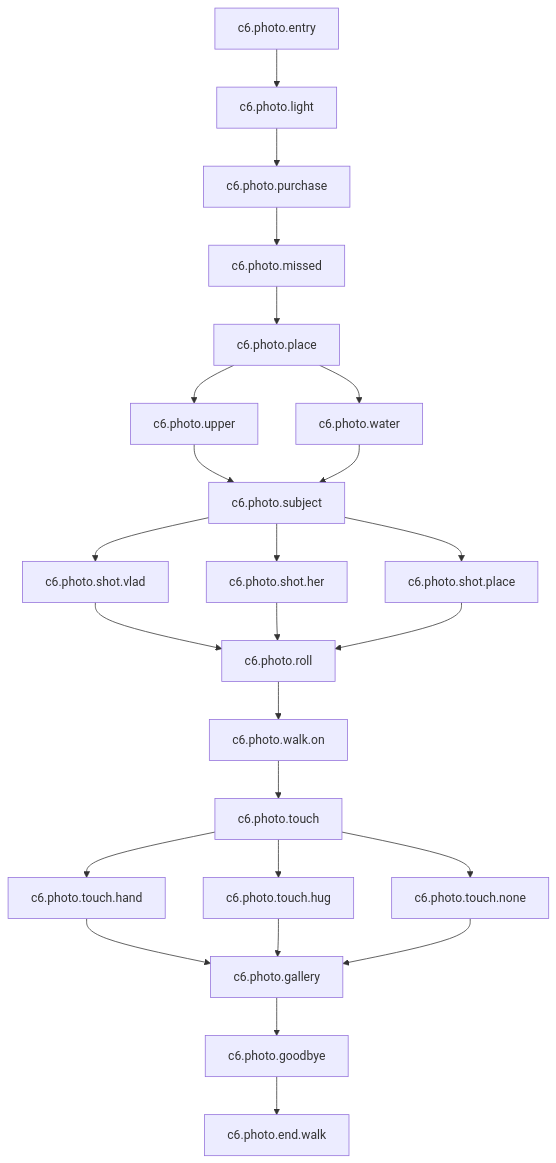
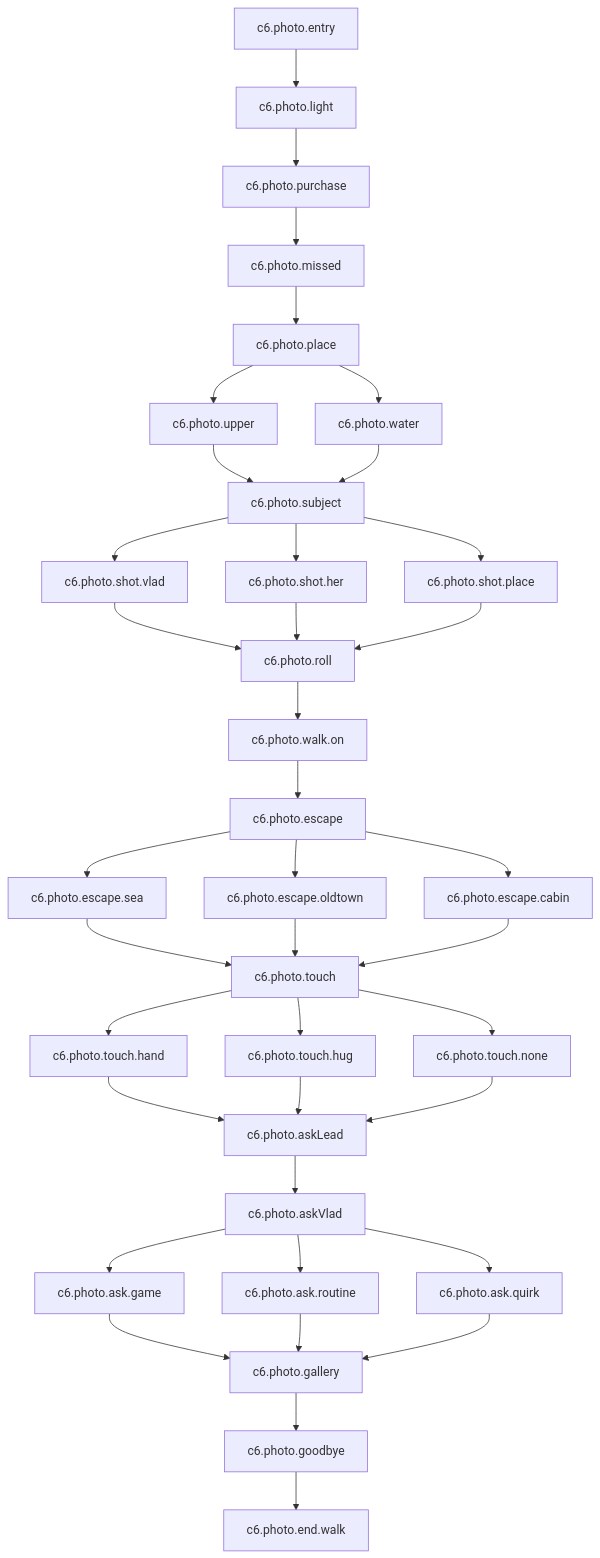
The diagram in outputs/CHAPTER_06_SCRIPT.md (vlad28x/our-little-story), drawn with Mermaid before and after one commit. The commit also changed other lines of this file and 198 other files, not shown here.

````diff
--- a/outputs/CHAPTER_06_SCRIPT.md
+++ b/outputs/CHAPTER_06_SCRIPT.md
@@ -7,47 +7,69 @@
 ```mermaid
 flowchart TD
   c6.photo.entry
   c6.photo.entry --> c6.photo.light
   c6.photo.light
   c6.photo.light --> c6.photo.purchase
   c6.photo.purchase
   c6.photo.purchase --> c6.photo.missed
   c6.photo.missed
   c6.photo.missed --> c6.photo.place
   c6.photo.place
   c6.photo.place --> c6.photo.upper
   c6.photo.place --> c6.photo.water
   c6.photo.upper
   c6.photo.upper --> c6.photo.subject
   c6.photo.water
   c6.photo.water --> c6.photo.subject
   c6.photo.subject
   c6.photo.subject --> c6.photo.shot.vlad
   c6.photo.subject --> c6.photo.shot.her
   c6.photo.subject --> c6.photo.shot.place
   c6.photo.shot.vlad
   c6.photo.shot.vlad --> c6.photo.roll
   c6.photo.shot.her
   c6.photo.shot.her --> c6.photo.roll
   c6.photo.shot.place
   c6.photo.shot.place --> c6.photo.roll
   c6.photo.roll
   c6.photo.roll --> c6.photo.walk.on
   c6.photo.walk.on
-  c6.photo.walk.on --> c6.photo.touch
+  c6.photo.walk.on --> c6.photo.escape
+  c6.photo.escape
+  c6.photo.escape --> c6.photo.escape.sea
+  c6.photo.escape --> c6.photo.escape.oldtown
+  c6.photo.escape --> c6.photo.escape.cabin
+  c6.photo.escape.sea
+  c6.photo.escape.sea --> c6.photo.touch
+  c6.photo.escape.oldtown
+  c6.photo.escape.oldtown --> c6.photo.touch
+  c6.photo.escape.cabin
+  c6.photo.escape.cabin --> c6.photo.touch
   c6.photo.touch
   c6.photo.touch --> c6.photo.touch.hand
   c6.photo.touch --> c6.photo.touch.hug
   c6.photo.touch --> c6.photo.touch.none
   c6.photo.touch.hand
-  c6.photo.touch.hand --> c6.photo.gallery
+  c6.photo.touch.hand --> c6.photo.askLead
   c6.photo.touch.hug
-  c6.photo.touch.hug --> c6.photo.gallery
+  c6.photo.touch.hug --> c6.photo.askLead
   c6.photo.touch.none
-  c6.photo.touch.none --> c6.photo.gallery
+  c6.photo.touch.none --> c6.photo.askLead
+  c6.photo.askLead
+  c6.photo.askLead --> c6.photo.askVlad
+  c6.photo.askVlad
+  c6.photo.askVlad --> c6.photo.ask.game
+  c6.photo.askVlad --> c6.photo.ask.routine
+  c6.photo.askVlad --> c6.photo.ask.quirk
+  c6.photo.ask.game
+  c6.photo.ask.game --> c6.photo.gallery
+  c6.photo.ask.routine
+  c6.photo.ask.routine --> c6.photo.gallery
+  c6.photo.ask.quirk
+  c6.photo.ask.quirk --> c6.photo.gallery
   c6.photo.gallery
   c6.photo.gallery --> c6.photo.goodbye
   c6.photo.goodbye
   c6.photo.goodbye --> c6.photo.end.walk
   c6.photo.end.walk
 ```
````
